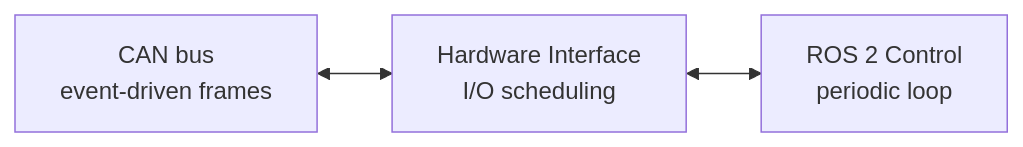
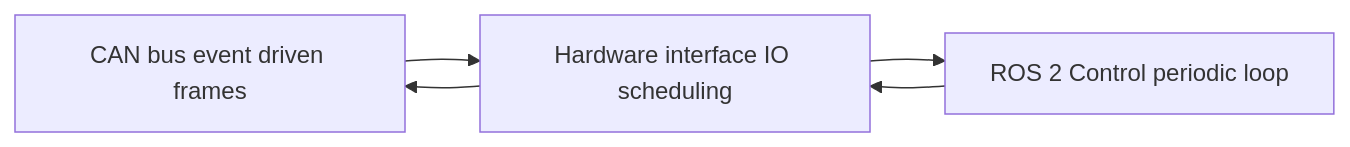
Before and after one commit to dokkev/dokkev.github.io: the first of 6 diagrams in _posts/CAN/2024-09-02-roscan2.md, drawn with Mermaid. The commit also changed other lines of this file, not shown here.

````diff
--- a/_posts/CAN/2024-09-02-roscan2.md
+++ b/_posts/CAN/2024-09-02-roscan2.md
@@ -65,9 +65,11 @@
 ```mermaid
 flowchart LR
-    CAN[CAN bus<br/>event-driven frames]
-    HW[Hardware Interface<br/>I/O scheduling]
-    CTRL[ROS 2 Control<br/>periodic loop]
+    A["CAN bus event driven frames"]
+    B["Hardware interface IO scheduling"]
+    C["ROS 2 Control periodic loop"]
 
-    CAN <--> HW
-    HW <--> CTRL
+    A --> B
+    B --> A
+    B --> C
+    C --> B
 ```
````
